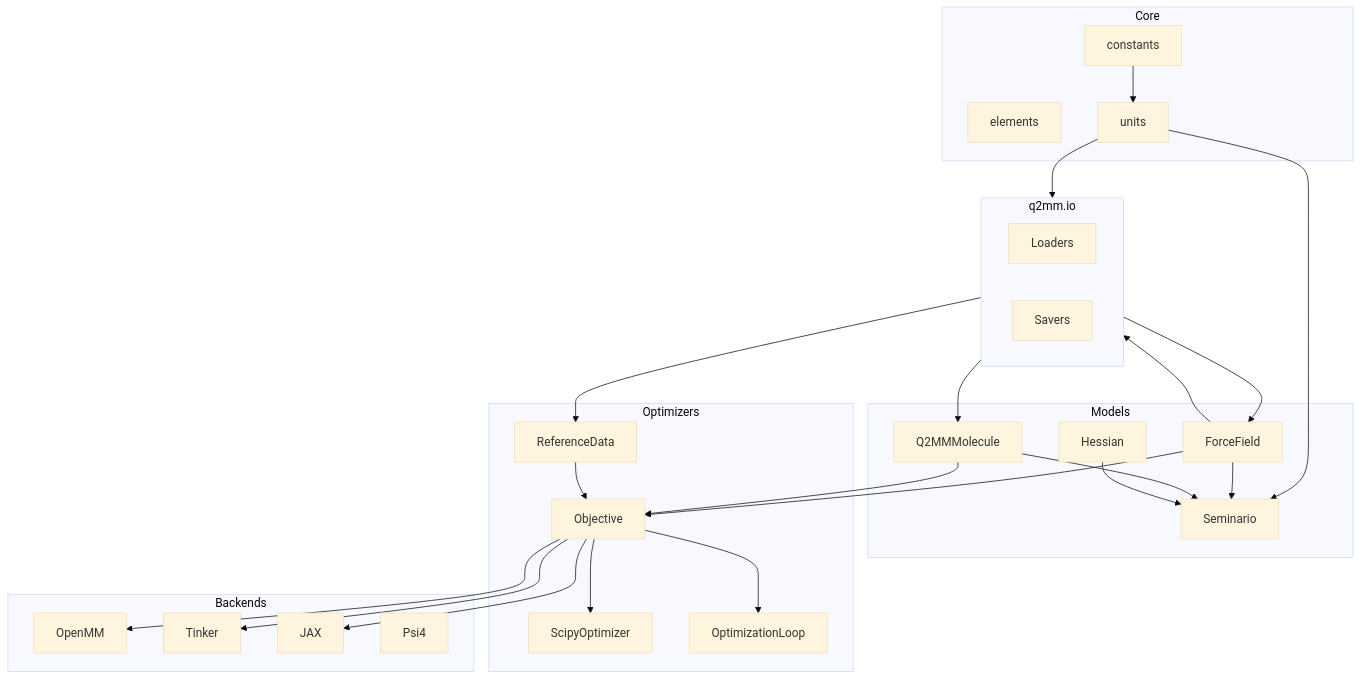
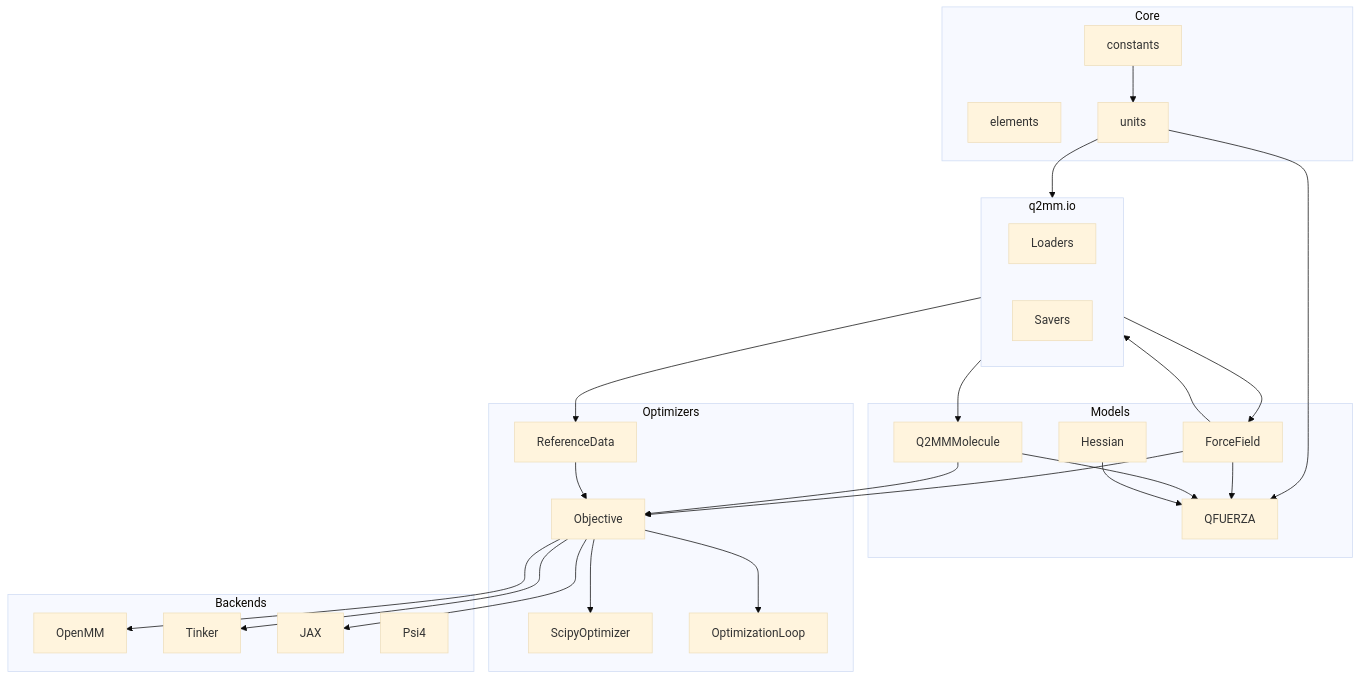
The second of 2 diagrams in docs/how-it-works/architecture.md (ericchansen/q2mm), drawn with Mermaid (base theme) before and after one commit. The commit also changed other lines of this file and 15 other files, not shown here.

````diff
--- a/docs/how-it-works/architecture.md
+++ b/docs/how-it-works/architecture.md
@@ -246,56 +246,56 @@
 ```mermaid
 flowchart TD
     subgraph Core["Core"]
         constants[constants]
         elements[elements]
         units[units]
     end
 
     subgraph Models["Models"]
         ff[ForceField]
         mol[Q2MMMolecule]
         hess[Hessian]
-        sem[Seminario]
+        sem[QFUERZA]
     end
 
     subgraph Opt["Optimizers"]
         obj[Objective]
         ref[ReferenceData]
         scipy[ScipyOptimizer]
         cycling[OptimizationLoop]
     end
 
     subgraph Engines["Backends"]
         omm[OpenMM]
         tk[Tinker]
         jax[JAX]
         psi4[Psi4]
     end
 
     subgraph IO["q2mm.io"]
         loaders[Loaders]
         savers[Savers]
     end
 
     constants --> units
     units --> IO
     units --> sem
     ff --> IO
     ff --> sem
     mol --> sem
     hess --> sem
 
     ff --> obj
     ref --> obj
     mol --> obj
     obj --> scipy
     obj --> cycling
 
     obj --> omm
     obj --> tk
     obj --> jax
 
     IO --> mol
     IO --> ref
     IO --> ff
 ```
````
